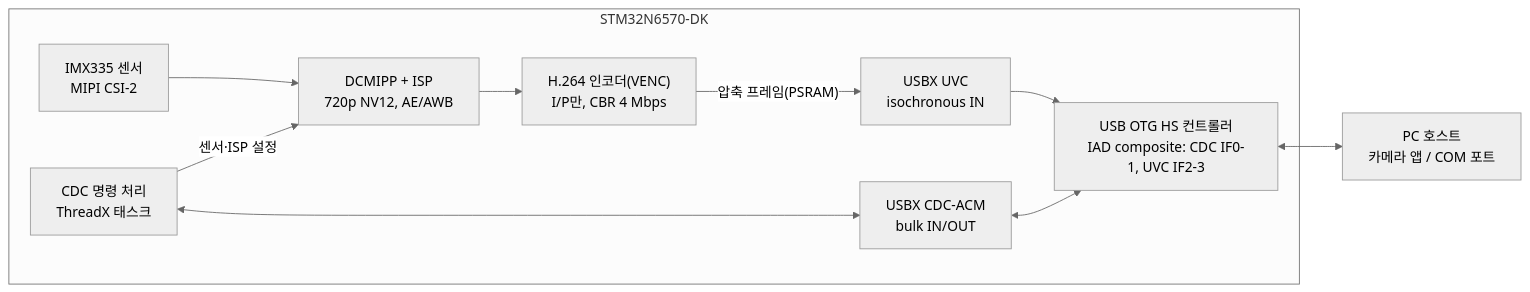
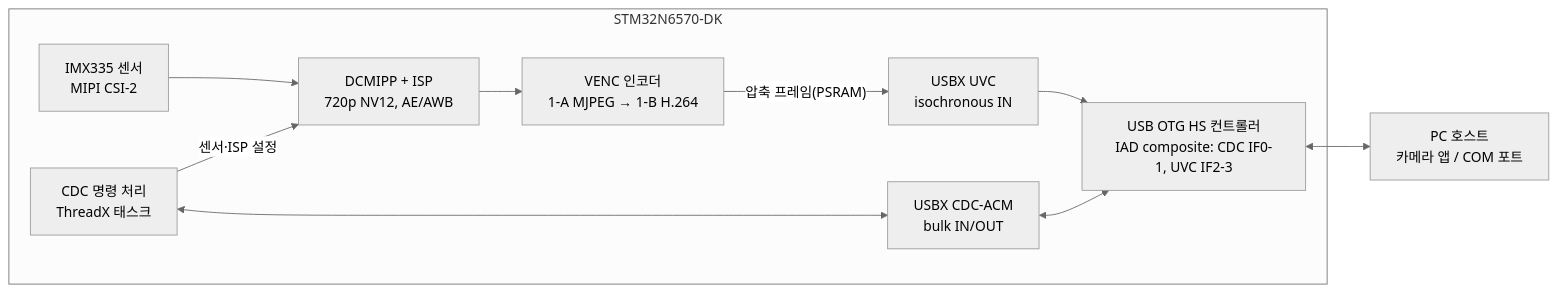
One commit to Spearhead7/2702_STM32N6_UVC changed the diagram in docs/prd.md. Above: the diagram before and after it, drawn with Mermaid (neutral theme). The commit also changed other lines of this file, not shown here.

First line of the commit message:
docs: split stage 1 into MJPEG first (1-A) then H.264 (1-B), Windows PC as dev host

````diff
--- a/docs/prd.md
+++ b/docs/prd.md
@@ -123,13 +123,13 @@
 ```mermaid
 flowchart LR
     subgraph DK["STM32N6570-DK"]
         SENSOR["IMX335 센서<br/>MIPI CSI-2"] --> ISP["DCMIPP + ISP<br/>720p NV12, AE/AWB"]
-        ISP --> JPEG["H.264 인코더(VENC)<br/>I/P만, CBR 4 Mbps"]
+        ISP --> JPEG["VENC 인코더<br/>1-A MJPEG → 1-B H.264"]
         JPEG -- "압축 프레임(PSRAM)" --> UVC["USBX UVC<br/>isochronous IN"]
         CMD["CDC 명령 처리<br/>ThreadX 태스크"] <--> CDC["USBX CDC-ACM<br/>bulk IN/OUT"]
         CMD -- "센서·ISP 설정" --> ISP
         CDC <--> OTG["USB OTG HS 컨트롤러<br/>IAD composite: CDC IF0-1, UVC IF2-3"]
         UVC --> OTG
     end
     OTG <--> PC["PC 호스트<br/>카메라 앱 / COM 포트"]
 ```
````
